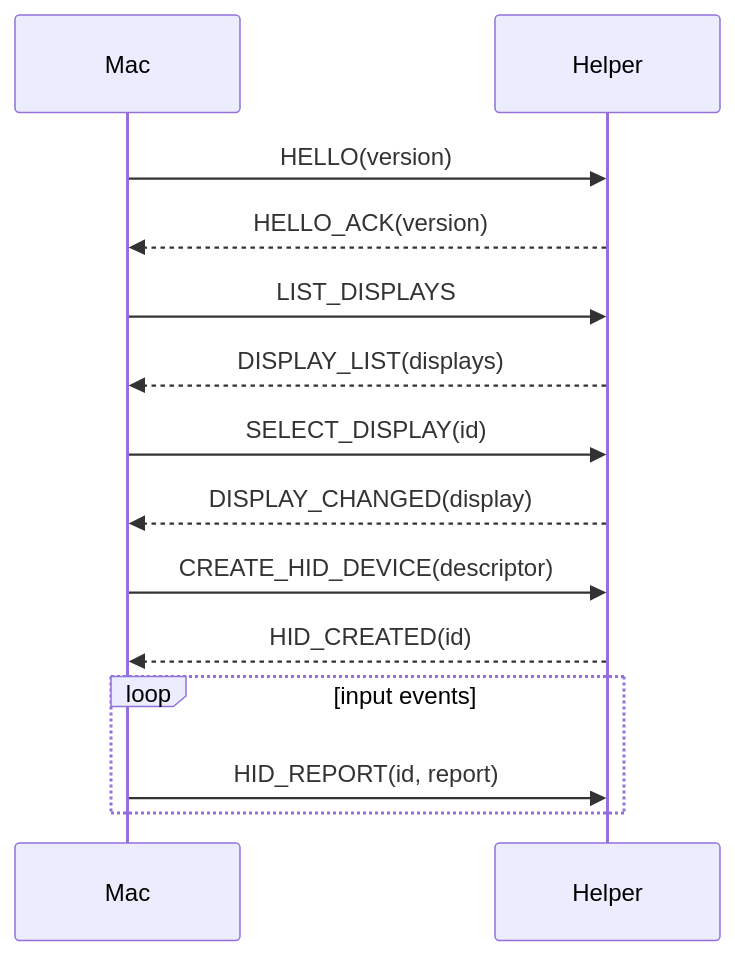
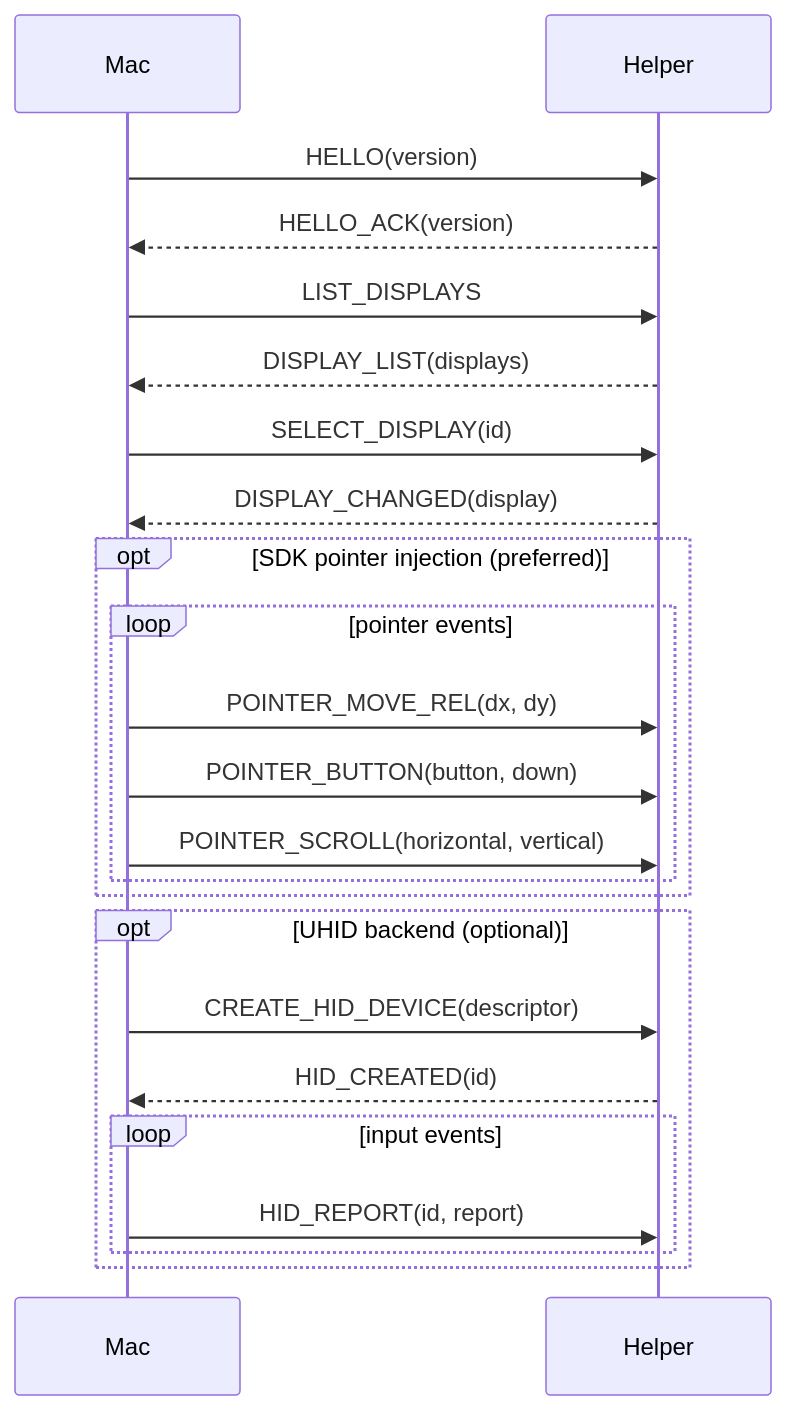
One commit to luceat-lux-vestra/crossinput changed the diagram in protocol/protocol.md. Above: the diagram before and after it, drawn with Mermaid. The commit also changed other lines of this file and 14 other files, not shown here.

First line of the commit message:
Phase 2: SDK pointer injection backend with POINTER_* protocol messages

````diff
--- a/protocol/protocol.md
+++ b/protocol/protocol.md
@@ -97,16 +103,25 @@
 ```mermaid
 sequenceDiagram
     participant Mac
     participant Helper
     Mac->>Helper: HELLO(version)
     Helper-->>Mac: HELLO_ACK(version)
     Mac->>Helper: LIST_DISPLAYS
     Helper-->>Mac: DISPLAY_LIST(displays)
     Mac->>Helper: SELECT_DISPLAY(id)
     Helper-->>Mac: DISPLAY_CHANGED(display)
-    Mac->>Helper: CREATE_HID_DEVICE(descriptor)
-    Helper-->>Mac: HID_CREATED(id)
-    loop input events
-        Mac->>Helper: HID_REPORT(id, report)
+    opt SDK pointer injection (preferred)
+        loop pointer events
+            Mac->>Helper: POINTER_MOVE_REL(dx, dy)
+            Mac->>Helper: POINTER_BUTTON(button, down)
+            Mac->>Helper: POINTER_SCROLL(horizontal, vertical)
+        end
+    end
+    opt UHID backend (optional)
+        Mac->>Helper: CREATE_HID_DEVICE(descriptor)
+        Helper-->>Mac: HID_CREATED(id)
+        loop input events
+            Mac->>Helper: HID_REPORT(id, report)
+        end
     end
 ```
````
